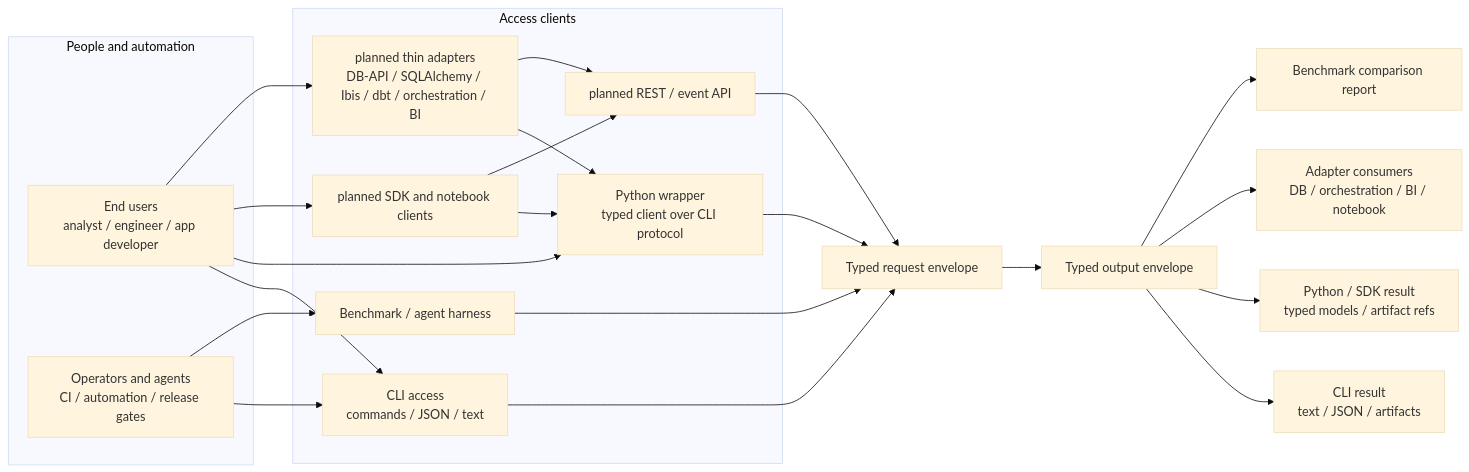
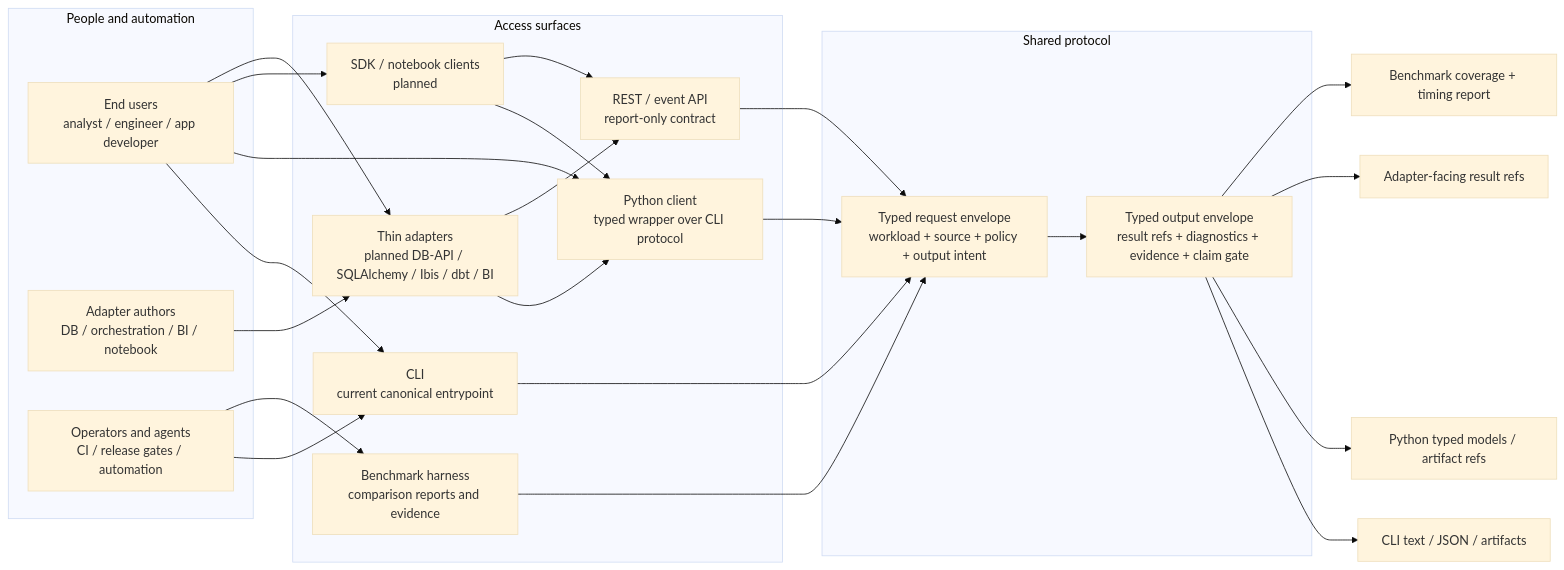
Before and after one commit to depsilon/shardloom: the first of 5 diagrams in docs/architecture/compute-engine-flow-reference.md, drawn with Mermaid (base theme). The commit also changed other lines of this file and 13 other files, not shown here.

Commit message:
Add native unsupported coverage diagnostics (#575)

````diff
--- a/docs/architecture/compute-engine-flow-reference.md
+++ b/docs/architecture/compute-engine-flow-reference.md
@@ -74,44 +91,44 @@
 ```mermaid
 flowchart LR
-    accTitle: ShardLoom audience and access map
-    accDescr {
-    End users, operators, adapters, and SDK clients enter through CLI, Python, planned REST/event
-    APIs, or benchmark harnesses. Every surface emits the same typed request envelope and receives
-    the same typed output envelope.
-    }
-
     subgraph PEOPLE["People and automation"]
         USER["End users<br/>analyst / engineer / app developer"]
-        OP["Operators and agents<br/>CI / automation / release gates"]
+        ADAPTER_AUTHOR["Adapter authors<br/>DB / orchestration / BI / notebook"]
+        OPERATOR["Operators and agents<br/>CI / release gates / automation"]
     end
 
-    subgraph CLIENTS["Access clients"]
-        CLI["CLI access<br/>commands / JSON / text"]
-        PY["Python wrapper<br/>typed client over CLI protocol"]
-        BENCH["Benchmark / agent harness"]
-        SDK["planned SDK and notebook clients"]
-        ADAPTER["planned thin adapters<br/>DB-API / SQLAlchemy / Ibis / dbt / orchestration / BI"]
-        REST["planned REST / event API"]
+    subgraph ACCESS["Access surfaces"]
+        CLI["CLI<br/>current canonical entrypoint"]
+        PYTHON["Python client<br/>typed wrapper over CLI protocol"]
+        BENCH["Benchmark harness<br/>comparison reports and evidence"]
+        REST["REST / event API<br/>report-only contract"]
+        SDK["SDK / notebook clients<br/>planned"]
+        ADAPTER["Thin adapters<br/>planned DB-API / SQLAlchemy / Ibis / dbt / BI"]
+    end
+
+    subgraph CONTRACT["Shared protocol"]
+        REQUEST["Typed request envelope<br/>workload + source + policy + output intent"]
+        OUTPUT["Typed output envelope<br/>result refs + diagnostics + evidence + claim gate"]
     end
 
     USER --> CLI
-    USER --> PY
+    USER --> PYTHON
     USER --> SDK
     USER --> ADAPTER
-    OP --> CLI
-    OP --> BENCH
-    SDK --> PY
+    ADAPTER_AUTHOR --> ADAPTER
+    OPERATOR --> CLI
+    OPERATOR --> BENCH
+    SDK --> PYTHON
     SDK --> REST
-    ADAPTER --> PY
+    ADAPTER --> PYTHON
     ADAPTER --> REST
 
-    CLI --> REQ["Typed request envelope"]
-    PY --> REQ
-    REST --> REQ
-    BENCH --> REQ
-    REQ --> OUT["Typed output envelope"]
-    OUT --> CLI_OUT["CLI result<br/>text / JSON / artifacts"]
-    OUT --> PY_OUT["Python / SDK result<br/>typed models / artifact refs"]
-    OUT --> ADAPTER_OUT["Adapter consumers<br/>DB / orchestration / BI / notebook"]
-    OUT --> BENCH_OUT["Benchmark comparison report"]
+    CLI --> REQUEST
+    PYTHON --> REQUEST
+    BENCH --> REQUEST
+    REST --> REQUEST
+    REQUEST --> OUTPUT
+    OUTPUT --> CLI_RESULT["CLI text / JSON / artifacts"]
+    OUTPUT --> PY_RESULT["Python typed models / artifact refs"]
+    OUTPUT --> ADAPTER_RESULT["Adapter-facing result refs"]
+    OUTPUT --> BENCH_RESULT["Benchmark coverage + timing report"]
 ```
````
